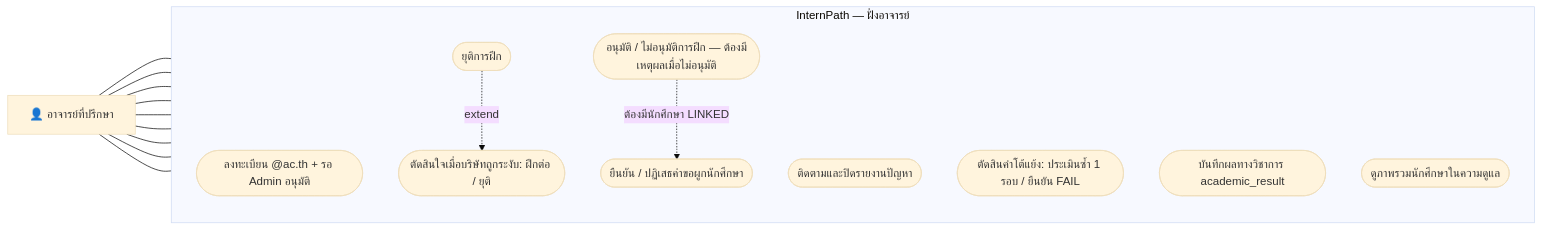
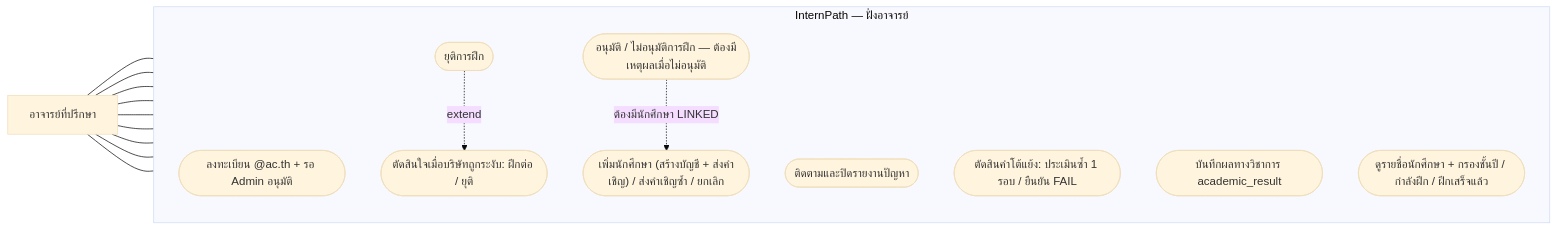
Before and after one commit to InternPATHz/InternPATH: the third of 18 diagrams in docs/diagram.md, drawn with Mermaid (base theme). The commit also changed other lines of this file and 224 other files, not shown here.

````diff
--- a/docs/diagram.md
+++ b/docs/diagram.md
@@ -92,29 +92,29 @@
 ```mermaid
 flowchart LR
-    A["👤 อาจารย์ที่ปรึกษา"]
+    A["อาจารย์ที่ปรึกษา"]
 
     subgraph SYS["InternPath — ฝั่งอาจารย์"]
         direction TB
         V1(["ลงทะเบียน @ac.th + รอ Admin อนุมัติ"])
-        V2(["ยืนยัน / ปฏิเสธคำขอผูกนักศึกษา"])
+        V2(["เพิ่มนักศึกษา (สร้างบัญชี + ส่งคำเชิญ) / ส่งคำเชิญซ้ำ / ยกเลิก"])
         V3(["อนุมัติ / ไม่อนุมัติการฝึก — ต้องมีเหตุผลเมื่อไม่อนุมัติ"])
         V4(["ติดตามและปิดรายงานปัญหา"])
         V5(["ตัดสินคำโต้แย้ง: ประเมินซ้ำ 1 รอบ / ยืนยัน FAIL"])
         V6(["บันทึกผลทางวิชาการ academic_result"])
         V7(["ตัดสินใจเมื่อบริษัทถูกระงับ: ฝึกต่อ / ยุติ"])
         V8(["ยุติการฝึก"])
-        V9(["ดูภาพรวมนักศึกษาในความดูแล"])
+        V9(["ดูรายชื่อนักศึกษา + กรองชั้นปี / กำลังฝึก / ฝึกเสร็จแล้ว"])
     end
 
     A --- V1
     A --- V2
     A --- V3
     A --- V4
     A --- V5
     A --- V6
     A --- V7
     A --- V9
     V8 -.->|extend| V7
     A --- V8
     V3 -.->|ต้องมีนักศึกษา LINKED| V2
 ```
````
